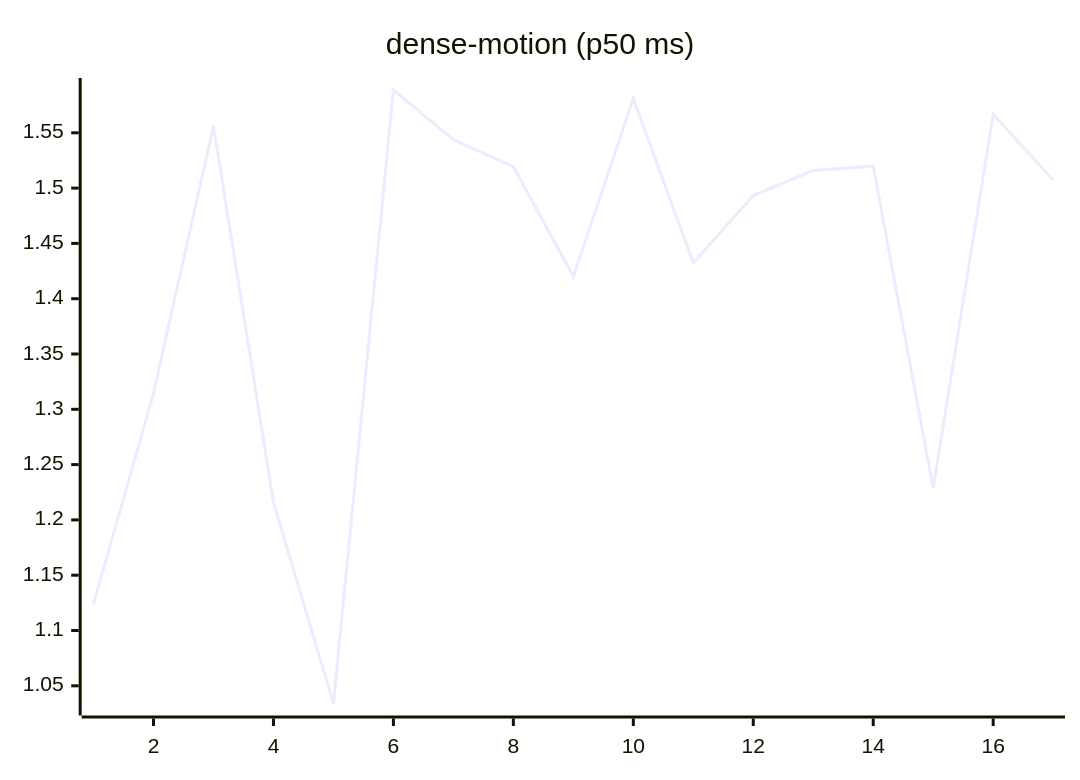
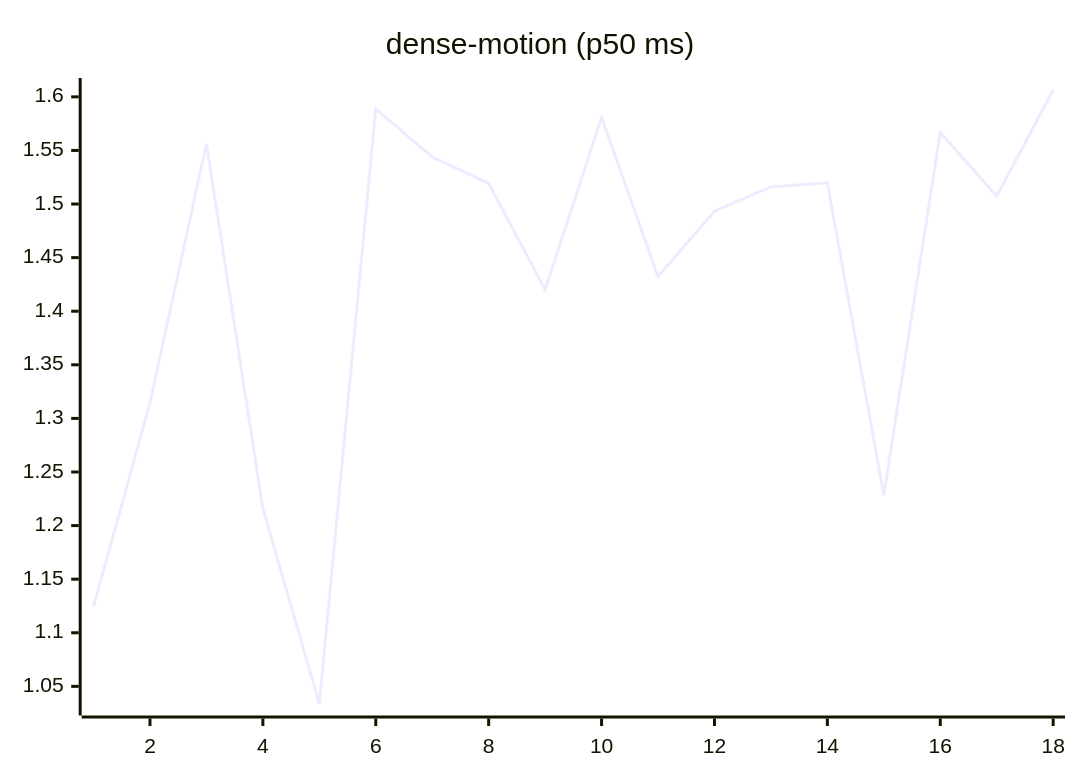
Before and after one commit to josha/Facet: the ninth of 27 diagrams in README.md, drawn with Mermaid. The commit also changed other lines of this file and 2 other files, not shown here.

````diff
--- a/README.md
+++ b/README.md
@@ -119,6 +119,6 @@
 ```mermaid
 xychart-beta
     title "dense-motion (p50 ms)"
-    x-axis 1 --> 17
-    line [1.1243, 1.3144, 1.5562, 1.2159, 1.0340, 1.5887, 1.5438, 1.5193, 1.4201, 1.5809, 1.4323, 1.4933, 1.5160, 1.5198, 1.2285, 1.5668, 1.5073]
+    x-axis 1 --> 18
+    line [1.1243, 1.3144, 1.5562, 1.2159, 1.0340, 1.5887, 1.5438, 1.5193, 1.4201, 1.5809, 1.4323, 1.4933, 1.5160, 1.5198, 1.2285, 1.5668, 1.5073, 1.6064]
 ```
````
